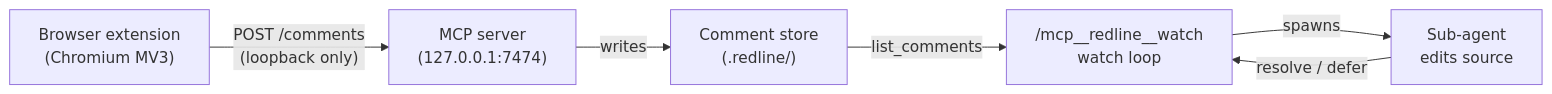
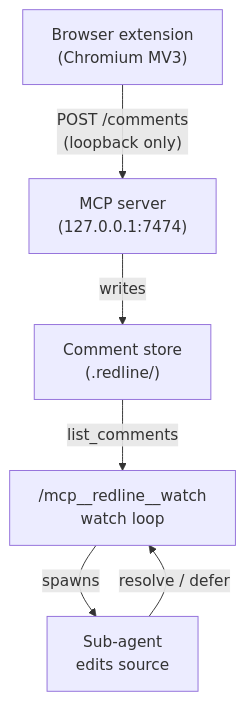
Before and after one commit to pallandir/claude-comments: the diagram in README.md, drawn with Mermaid. The commit also changed other lines of this file and 1 other file, not shown here.

````diff
--- a/README.md
+++ b/README.md
@@ -68,14 +68,14 @@
 ```mermaid
-flowchart LR
+flowchart TD
     A["Browser extension\n(Chromium MV3)"]
     B["MCP server\n(127.0.0.1:7474)"]
     C["Comment store\n(.redline/)"]
     D["/mcp__redline__watch\nwatch loop"]
     E["Sub-agent\nedits source"]
 
     A -- "POST /comments\n(loopback only)" --> B
     B -- "writes" --> C
     C -- "list_comments" --> D
     D -- "spawns" --> E
     E -- "resolve / defer" --> D
 ```
````
